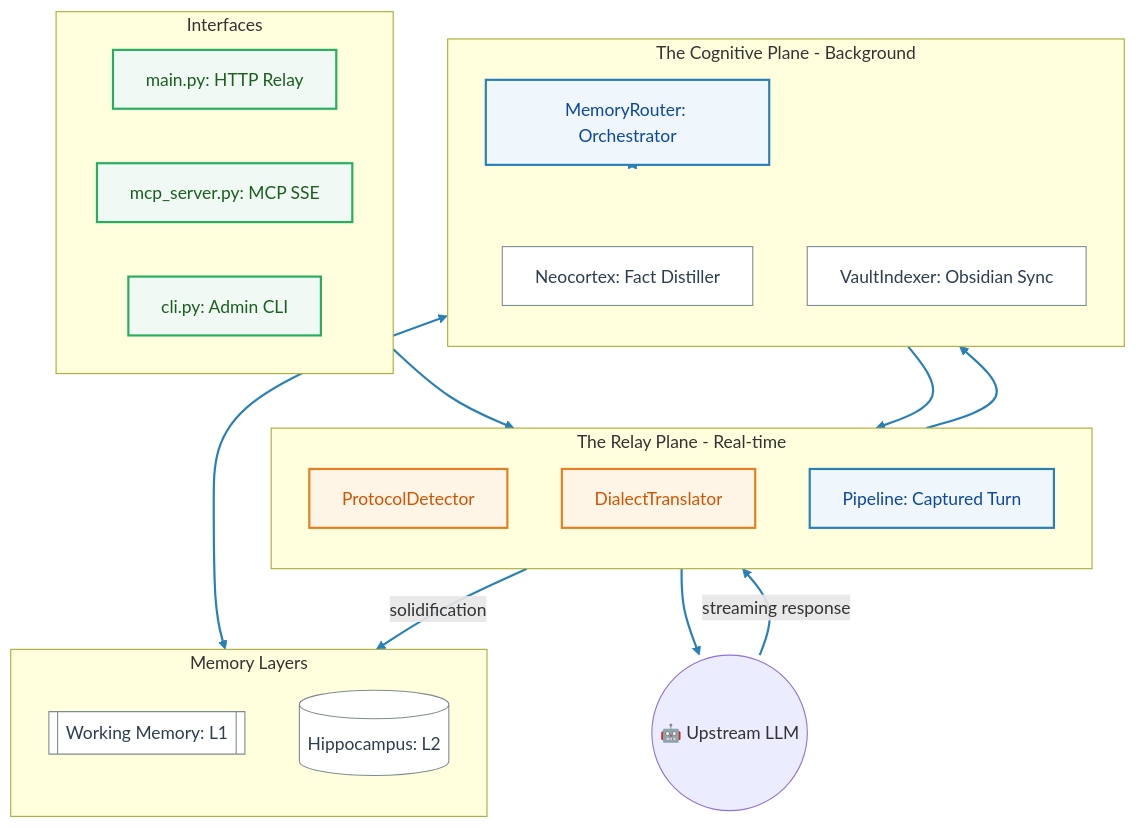
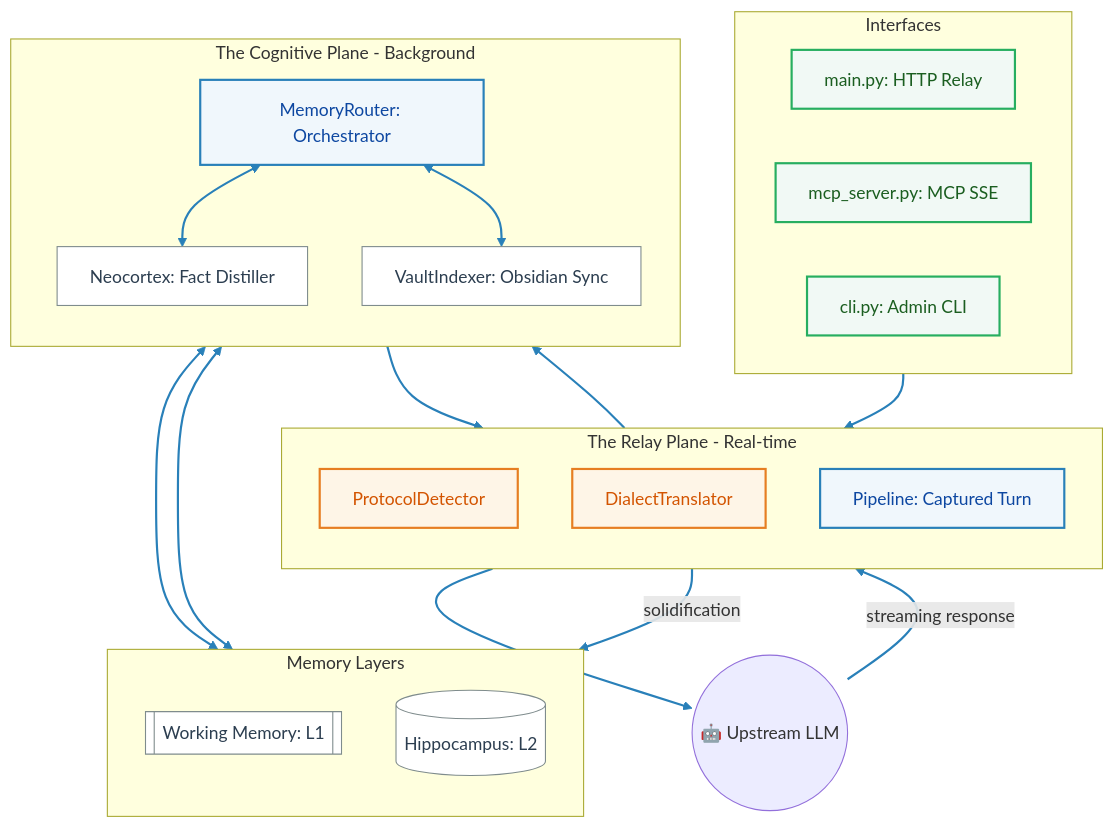
The diagram in README.md (winnerineast/ClawBrain), drawn with Mermaid before and after one commit. The commit also changed 1 other file, not shown here.

Commit message:
fix(docs): use linkStyle default in Mermaid diagrams to prevent rendering errors

````diff
--- a/README.md
+++ b/README.md
@@ -156,47 +156,49 @@
 ```mermaid
 flowchart TD
     %% Professional Color Palette
     classDef interface_node stroke:#27ae60,stroke-width:2px,fill:#f1f9f5,color:#1b5e20
     classDef gateway_node stroke:#e67e22,stroke-width:2px,fill:#fef5e7,color:#d35400
     classDef core_node stroke:#2980b9,stroke-width:2px,fill:#f0f7fc,color:#0d47a1
     classDef memory_node stroke:#7f8c8d,stroke-width:1px,fill:#ffffff,color:#2c3e50
 
     subgraph Ingress [Interfaces]
         direction LR
         API[main.py: HTTP Relay]:::interface_node
         MCP[mcp_server.py: MCP SSE]:::interface_node
         CLI[cli.py: Admin CLI]:::interface_node
     end
 
     subgraph RelayPlane [The Relay Plane - Real-time]
         direction TB
         Detector[ProtocolDetector]:::gateway_node
         Translator[DialectTranslator]:::gateway_node
         Pipe[Pipeline: Captured Turn]:::core_node
     end
 
     subgraph CognitivePlane [The Cognitive Plane - Background]
         direction TB
         Router[MemoryRouter: Orchestrator]:::core_node
         Neo[Neocortex: Fact Distiller]:::memory_node
         Vault[VaultIndexer: Obsidian Sync]:::memory_node
     end
 
     subgraph Storage [Memory Layers]
         direction TB
         L1[[Working Memory: L1]]:::memory_node
         L2[(Hippocampus: L2)]:::memory_node
     end
 
     Ingress --> Detector
     Detector --> Router
-    Router <--> Storage
-    Router <--> CognitivePlane
+    Router <--> L1
+    Router <--> L2
+    Router <--> Neo
+    Router <--> Vault
     Router --> Translator
     Translator --> LLM((🤖 Upstream LLM))
     LLM -- streaming response --> Pipe
     Pipe -- solidification --> L2
 
-    %% Professional Styling for Links
-    linkStyle 0,1,2,3,4,5,6,7 stroke:#2980b9,stroke-width:2px
+    %% Style all links globally
+    linkStyle default stroke:#2980b9,stroke-width:2px
 ```
````
